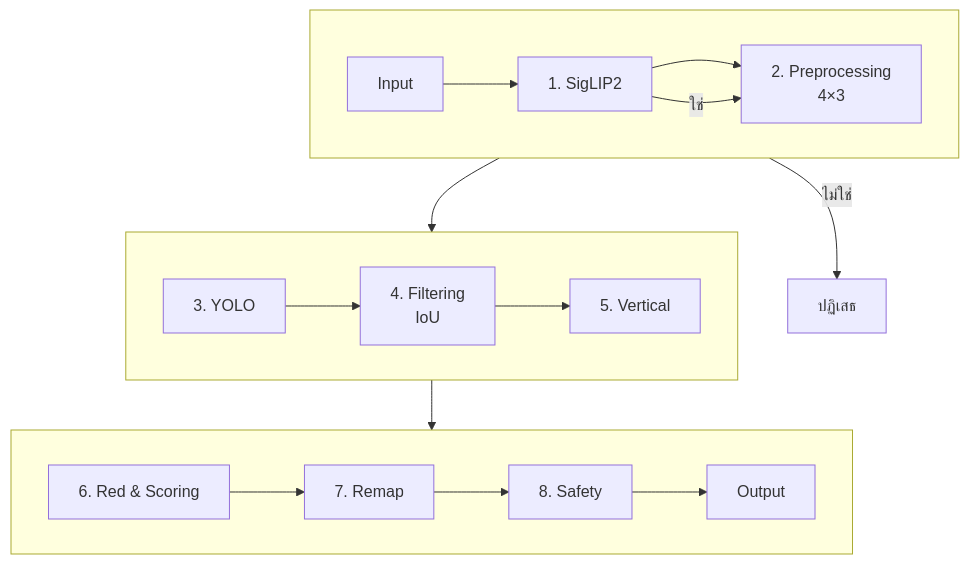
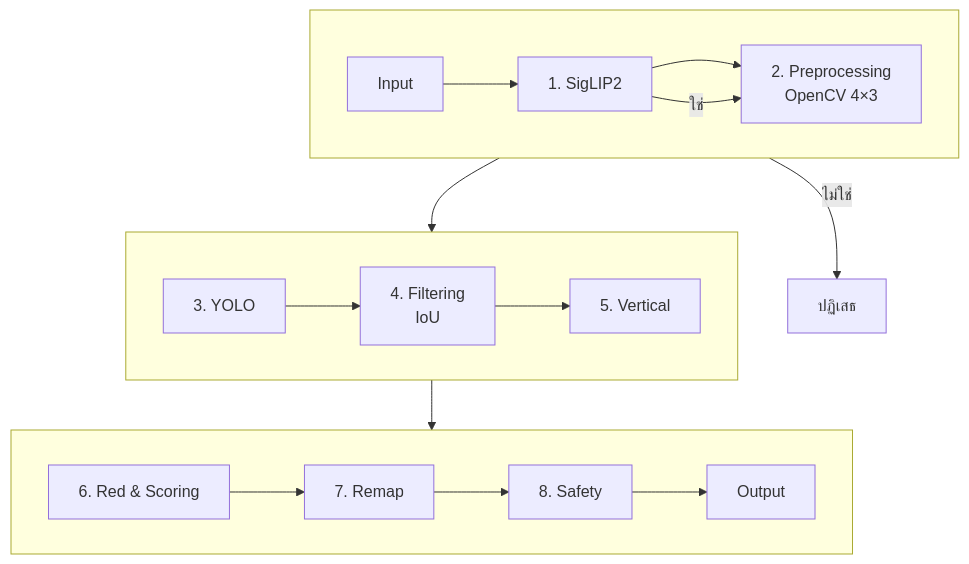
One commit to jirathxz/meter-reader changed the first of 3 diagrams in TUTORIAL.md. Above: the diagram before and after it, drawn with Mermaid. The commit also changed other lines of this file, not shown here.

Commit message:
docs: restructure chapters - theory Ch1 series (YOLO/SigLIP/OpenCV/FastAPI/Gradio/uv) and practical Ch2 Water Meter pipeline SVO (v2.0)

````diff
--- a/TUTORIAL.md
+++ b/TUTORIAL.md
@@ -126,20 +113,20 @@
 ```mermaid
-%% 4:3 compact — not long line, 3 rows for A4
+%% 4:3 compact — ภาพรวมเทคโนโลยี
 flowchart TD
- subgraph Row1 [ ]
- direction LR
- A[" Input"] --> B["1. SigLIP2"] --> C["2. Preprocessing<br/>4×3"]
- end
- subgraph Row2 [ ]
- direction LR
- D["3. YOLO"] --> E["4. Filtering<br/>IoU"] --> F["5. Vertical"]
- end
- subgraph Row3 [ ]
- direction LR
- G["6. Red & Scoring"] --> H["7. Remap"] --> I["8. Safety"] --> J[" Output"]
- end
- B -->|"ไม่ใช่"| B1[" ปฏิเสธ"]
- B -->|"ใช่"| C
- C --> D
- F --> G
+  subgraph Row1 [ ]
+  direction LR
+  A[" Input"] --> B["1. SigLIP2"] --> C["2. Preprocessing<br/>OpenCV 4×3"]
+  end
+  subgraph Row2 [ ]
+  direction LR
+  D["3. YOLO"] --> E["4. Filtering<br/>IoU"] --> F["5. Vertical"]
+  end
+  subgraph Row3 [ ]
+  direction LR
+  G["6. Red & Scoring"] --> H["7. Remap"] --> I["8. Safety"] --> J[" Output"]
+  end
+  B -->|"ไม่ใช่"| B1[" ปฏิเสธ"]
+  B -->|"ใช่"| C
+  C --> D
+  F --> G
 ```
````
